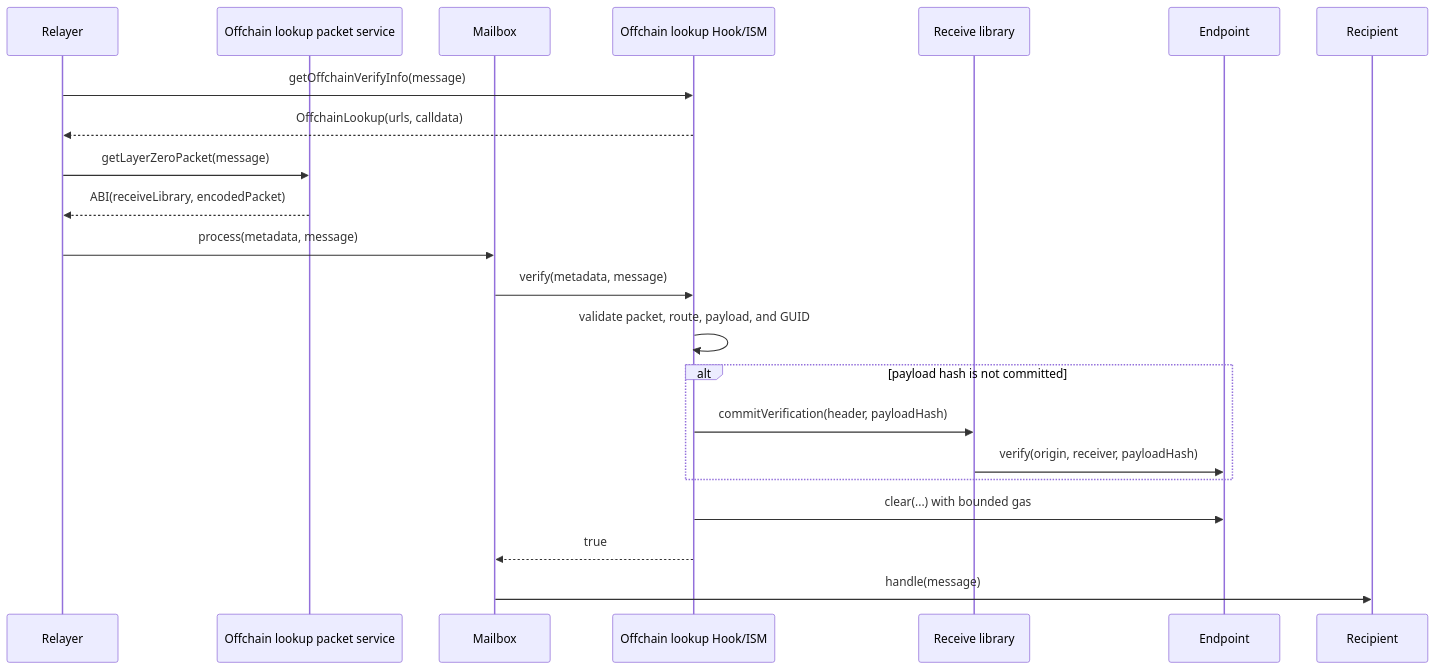
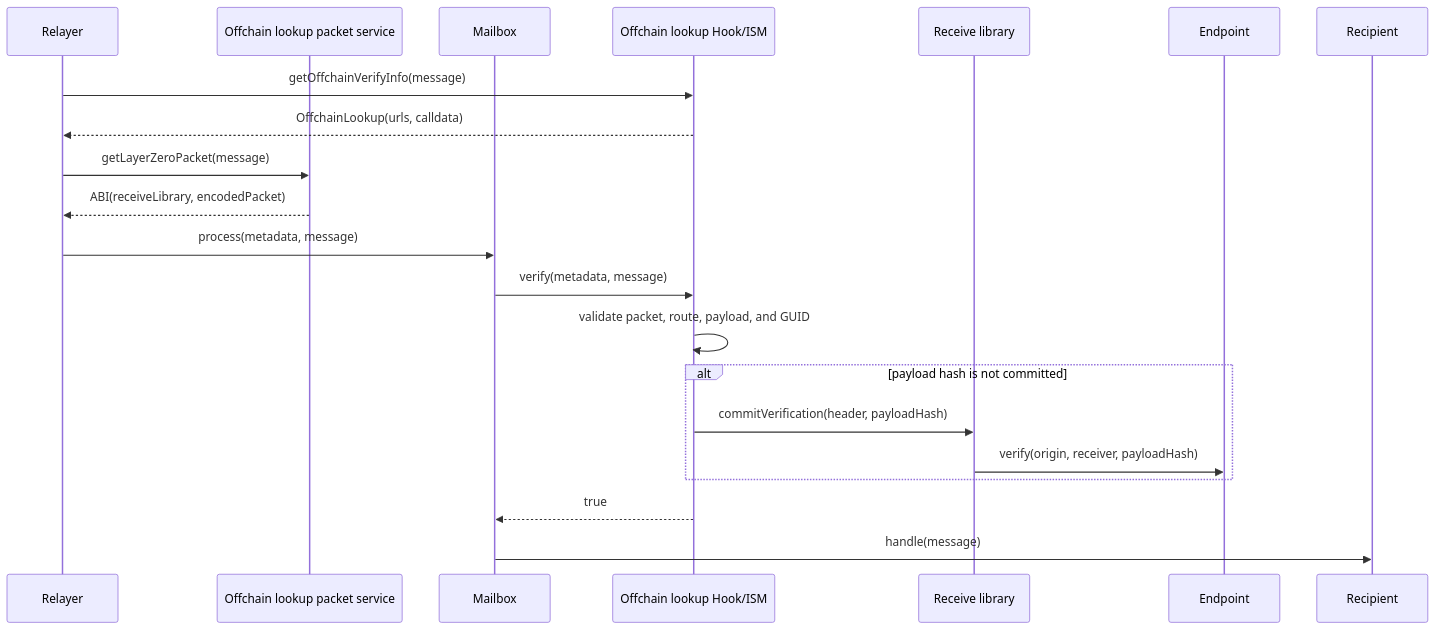
Before and after one commit to hyperlane-xyz/hyperlane-monorepo: the second of 2 diagrams in solidity/contracts/hooks/layerzero/README.md, drawn with Mermaid. The commit also changed other lines of this file and 4 other files, not shown here.

````diff
--- a/solidity/contracts/hooks/layerzero/README.md
+++ b/solidity/contracts/hooks/layerzero/README.md
@@ -148,25 +148,24 @@
 ```mermaid
 sequenceDiagram
     participant Relayer
     participant Service as Offchain lookup packet service
     participant Mailbox
     participant Ism as Offchain lookup Hook/ISM
     participant Library as Receive library
     participant Endpoint
     participant Recipient
 
     Relayer->>Ism: getOffchainVerifyInfo(message)
     Ism-->>Relayer: OffchainLookup(urls, calldata)
     Relayer->>Service: getLayerZeroPacket(message)
     Service-->>Relayer: ABI(receiveLibrary, encodedPacket)
     Relayer->>Mailbox: process(metadata, message)
     Mailbox->>Ism: verify(metadata, message)
     Ism->>Ism: validate packet, route, payload, and GUID
     alt payload hash is not committed
         Ism->>Library: commitVerification(header, payloadHash)
         Library->>Endpoint: verify(origin, receiver, payloadHash)
     end
-    Ism->>Endpoint: clear(...) with bounded gas
     Ism-->>Mailbox: true
     Mailbox->>Recipient: handle(message)
 ```
````
